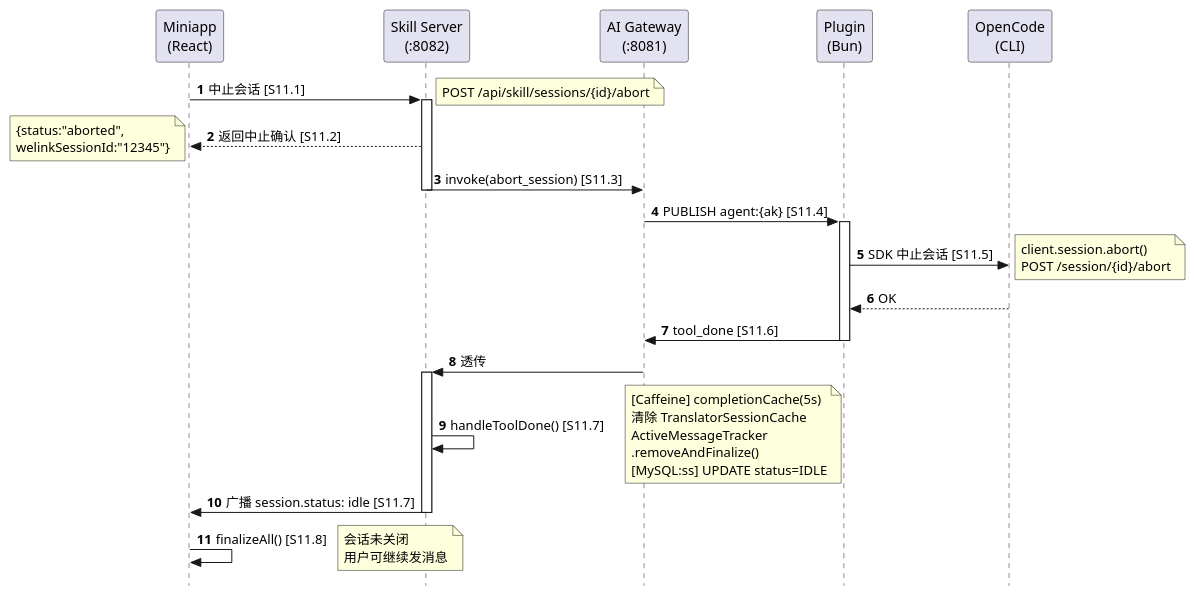
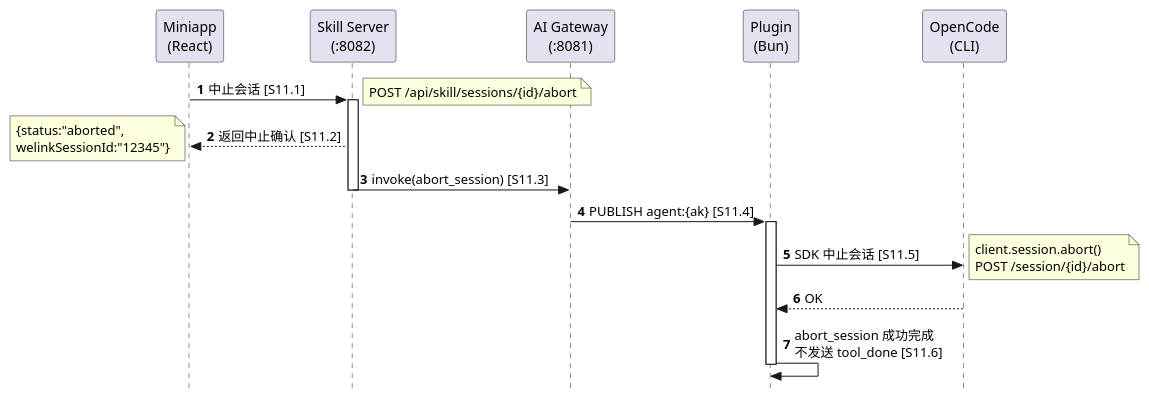
Before and after one commit to Llllviaaaa/opencode-CUI: diagram 16 of 22 in documents/protocol/06-end-to-end-flows.md, drawn with PlantUML. The commit also changed other lines of this file and 6 other files, not shown here.

Commit message:
docs(protocol): align message-bridge event contracts and flows

````diff
--- a/documents/protocol/06-end-to-end-flows.md
+++ b/documents/protocol/06-end-to-end-flows.md
@@ -1994,45 +1992,33 @@
 ```plantuml
 @startuml 场景11_中止会话
 skinparam style strictuml
 autonumber
 
 participant "Miniapp\n(React)" as MA
 participant "Skill Server\n(:8082)" as SS
 participant "AI Gateway\n(:8081)" as GW
 participant "Plugin\n(Bun)" as PL
 participant "OpenCode\n(CLI)" as OC
 
 MA -> SS : 中止会话 [S11.1]
 note right: POST /api/skill/sessions/{id}/abort
 
 activate SS
 SS --> MA : 返回中止确认 [S11.2]
 note left: {status:"aborted",\nwelinkSessionId:"12345"}
 
 SS -> GW : invoke(abort_session) [S11.3]
 deactivate SS
 
 GW -> PL : PUBLISH agent:{ak} [S11.4]
 
 activate PL
 PL -> OC : SDK 中止会话 [S11.5]
 note right: client.session.abort()\nPOST /session/{id}/abort
 OC --> PL : OK
 
-PL -> GW : tool_done [S11.6]
+PL -> PL : abort_session 成功完成\n不发送 tool_done [S11.6]
 deactivate PL
-
-GW -> SS : 透传
-
-activate SS
-SS -> SS : handleToolDone() [S11.7]
-note right: [Caffeine] completionCache(5s)\n清除 TranslatorSessionCache\nActiveMessageTracker\n.removeAndFinalize()\n[MySQL:ss] UPDATE status=IDLE
-
-SS -> MA : 广播 session.status: idle [S11.7]
-deactivate SS
-
-MA -> MA : finalizeAll() [S11.8]
-note right: 会话未关闭\n用户可继续发消息
 
 @enduml
 ```
````
